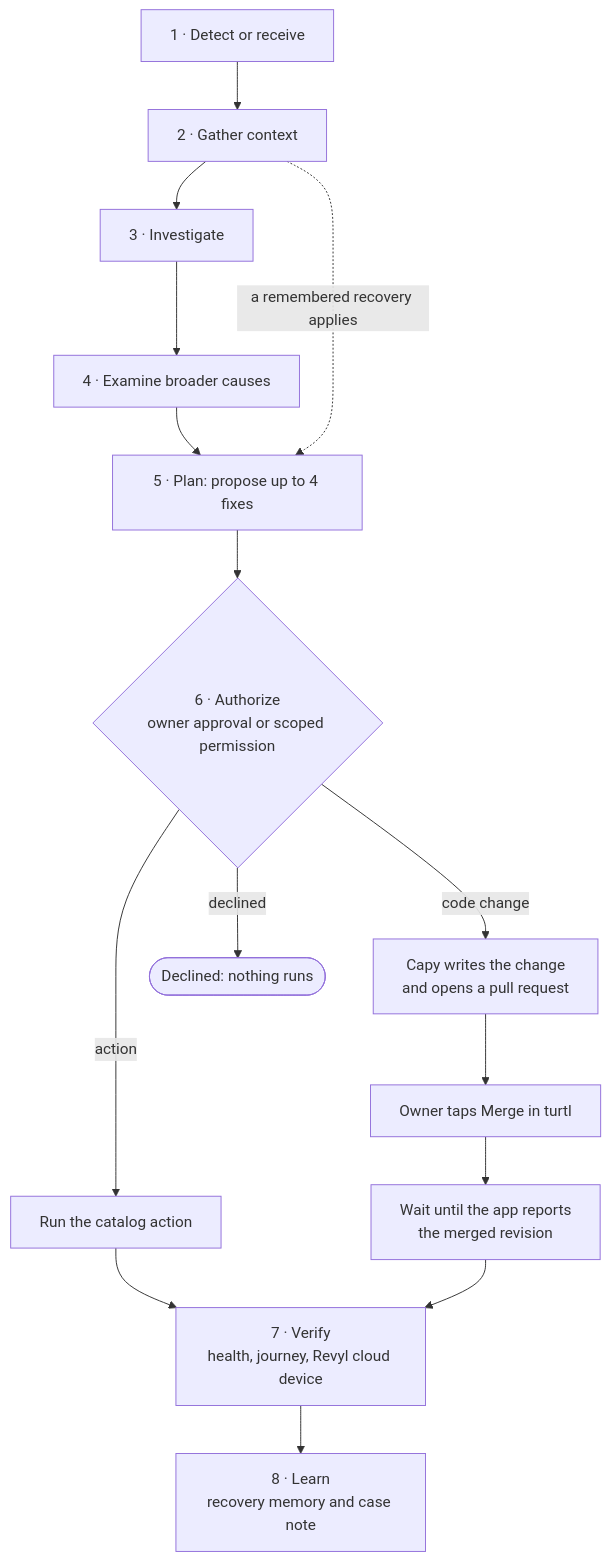
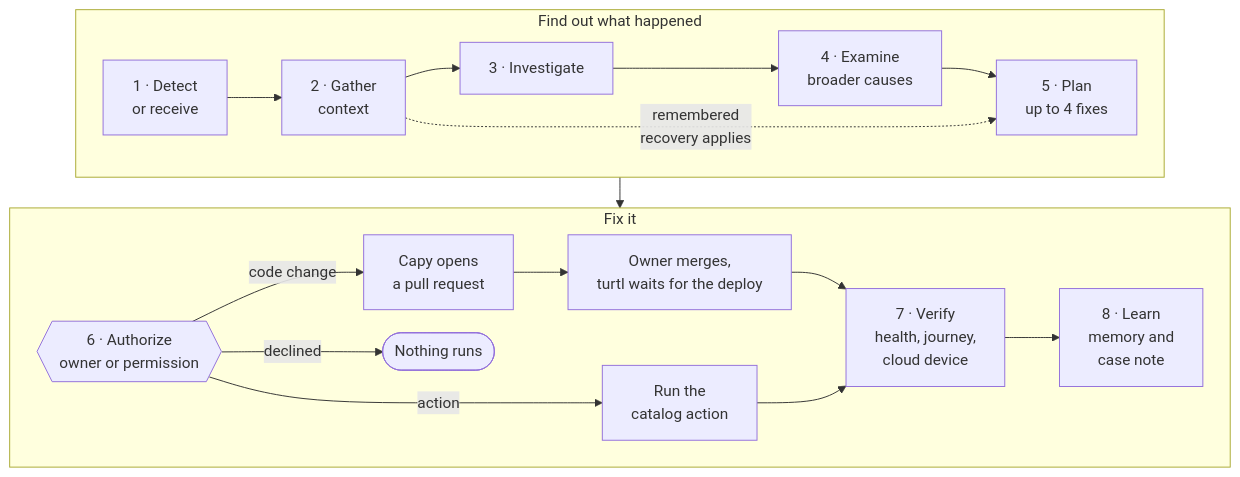
The diagram in README.md (ronoktanvir/turtl), drawn with Mermaid before and after one commit. The commit also changed other lines of this file, not shown here.

Commit message:
Fit the case flow diagram, project structure and tests to the GitHub page

````diff
--- a/README.md
+++ b/README.md
@@ -29,23 +29,18 @@
 ```mermaid
-flowchart TD
-    detect["1 · Detect or receive"]
-    gather["2 · Gather context"]
-    investigate["3 · Investigate"]
-    broader["4 · Examine broader causes"]
-    plan["5 · Plan: propose up to 4 fixes"]
-    approve{"6 · Authorize<br/>owner approval or scoped permission"}
-    action["Run the catalog action"]
-    pr["Capy writes the change<br/>and opens a pull request"]
-    merge["Owner taps Merge in turtl"]
-    deploy["Wait until the app reports<br/>the merged revision"]
-    verify["7 · Verify<br/>health, journey, Revyl cloud device"]
-    learn["8 · Learn<br/>recovery memory and case note"]
-    declined(["Declined: nothing runs"])
-
-    detect --> gather --> investigate --> broader --> plan --> approve
-    gather -. "a remembered recovery applies" .-> plan
-    approve -- "action" --> action --> verify
-    approve -- "code change" --> pr --> merge --> deploy --> verify
-    approve -- "declined" --> declined
-    verify --> learn
+%%{init: {"flowchart": {"nodeSpacing": 24, "rankSpacing": 32}}}%%
+flowchart TB
+    subgraph understand["Find out what happened"]
+        direction LR
+        detect["1 · Detect<br/>or receive"] --> gather["2 · Gather<br/>context"] --> investigate["3 · Investigate"] --> broader["4 · Examine<br/>broader causes"] --> plan["5 · Plan<br/>up to 4 fixes"]
+        gather -. "remembered<br/>recovery applies" .-> plan
+    end
+    subgraph act["Fix it"]
+        direction LR
+        approve{{"6 · Authorize<br/>owner or permission"}}
+        approve -- "code change" --> pr["Capy opens<br/>a pull request"] --> merge["Owner merges,<br/>turtl waits for the deploy"] --> verify["7 · Verify<br/>health, journey,<br/>cloud device"]
+        approve -- "action" --> run["Run the<br/>catalog action"] --> verify
+        approve -- "declined" --> declined(["Nothing runs"])
+        verify --> learn["8 · Learn<br/>memory and<br/>case note"]
+    end
+    understand --> act
 ```
````
